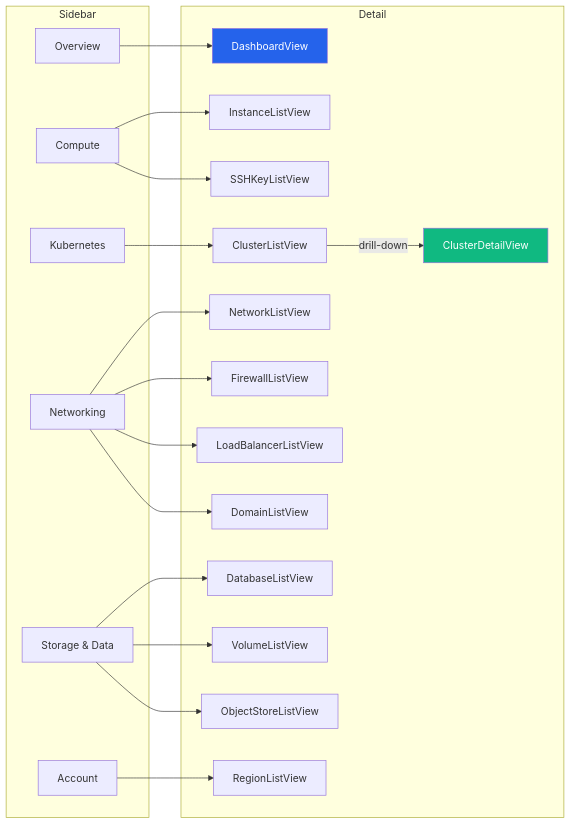
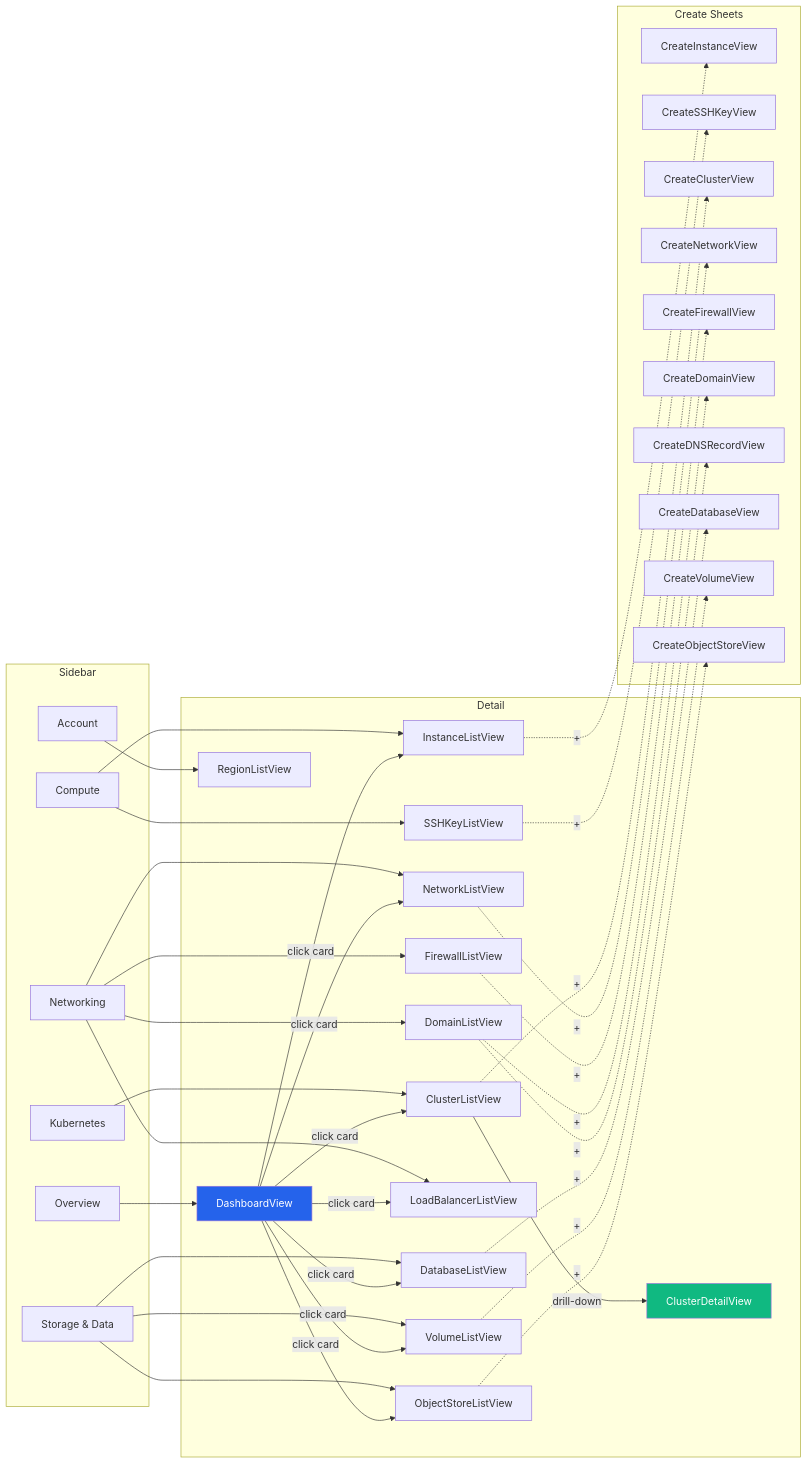
One commit to marcelrgberger/civo-cloud-manager changed the eighth of 8 diagrams in README.md. Above: the diagram before and after it, drawn with Mermaid. The commit also changed other lines of this file and 1 other file, not shown here.

First line of the commit message:
Update README and CLAUDE.md with full CRUD docs, new Mermaid diagrams, and project structure

````diff
--- a/README.md
+++ b/README.md
@@ -475,30 +588,50 @@
 ```mermaid
 graph LR
     subgraph Sidebar
         OV[Overview]
         CO[Compute]
         KU[Kubernetes]
         NE[Networking]
         ST["Storage & Data"]
         AC[Account]
     end
 
     subgraph Detail
         OV --> DA[DashboardView]
+        DA -->|click card| IL
+        DA -->|click card| CL
+        DA -->|click card| NL
+        DA -->|click card| DBL
+        DA -->|click card| VL
+        DA -->|click card| OL
+        DA -->|click card| LB
         CO --> IL[InstanceListView]
         CO --> SK[SSHKeyListView]
         KU --> CL[ClusterListView]
         CL -->|drill-down| CD[ClusterDetailView]
         NE --> NL[NetworkListView]
         NE --> FL[FirewallListView]
         NE --> LB[LoadBalancerListView]
         NE --> DL[DomainListView]
         ST --> DBL[DatabaseListView]
         ST --> VL[VolumeListView]
         ST --> OL[ObjectStoreListView]
         AC --> RL[RegionListView]
     end
 
+    subgraph "Create Sheets"
+        IL -.->|"+"| CI[CreateInstanceView]
+        SK -.->|"+"| CS[CreateSSHKeyView]
+        CL -.->|"+"| CC[CreateClusterView]
+        NL -.->|"+"| CN[CreateNetworkView]
+        FL -.->|"+"| CF[CreateFirewallView]
+        DL -.->|"+"| CDO[CreateDomainView]
+        DL -.->|"+"| CDR[CreateDNSRecordView]
+        DBL -.->|"+"| CDB[CreateDatabaseView]
+        VL -.->|"+"| CV[CreateVolumeView]
+        OL -.->|"+"| COS[CreateObjectStoreView]
+    end
+
     style DA fill:#2563EB,color:#fff
     style CD fill:#10B981,color:#fff
 ```
````
